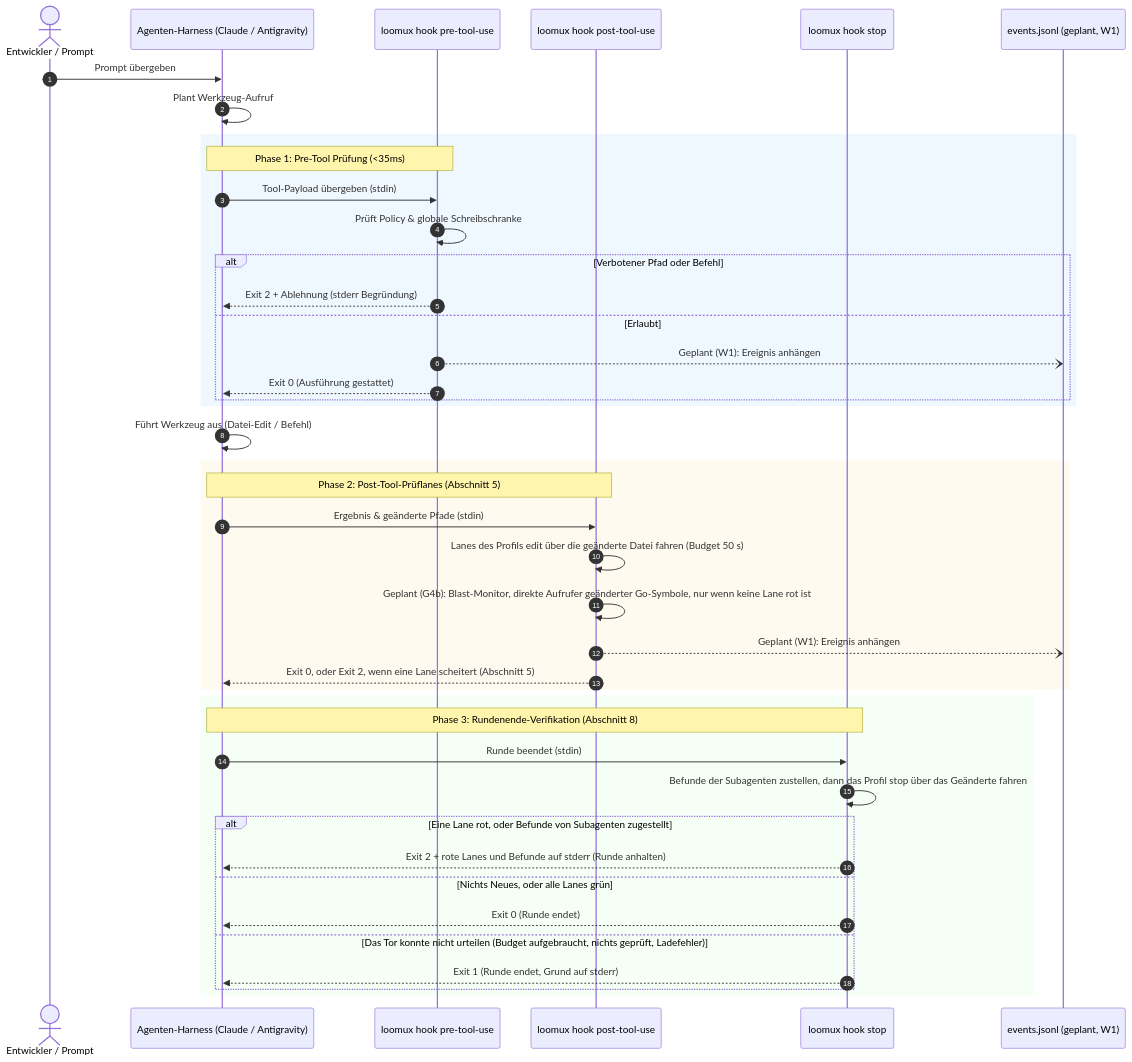
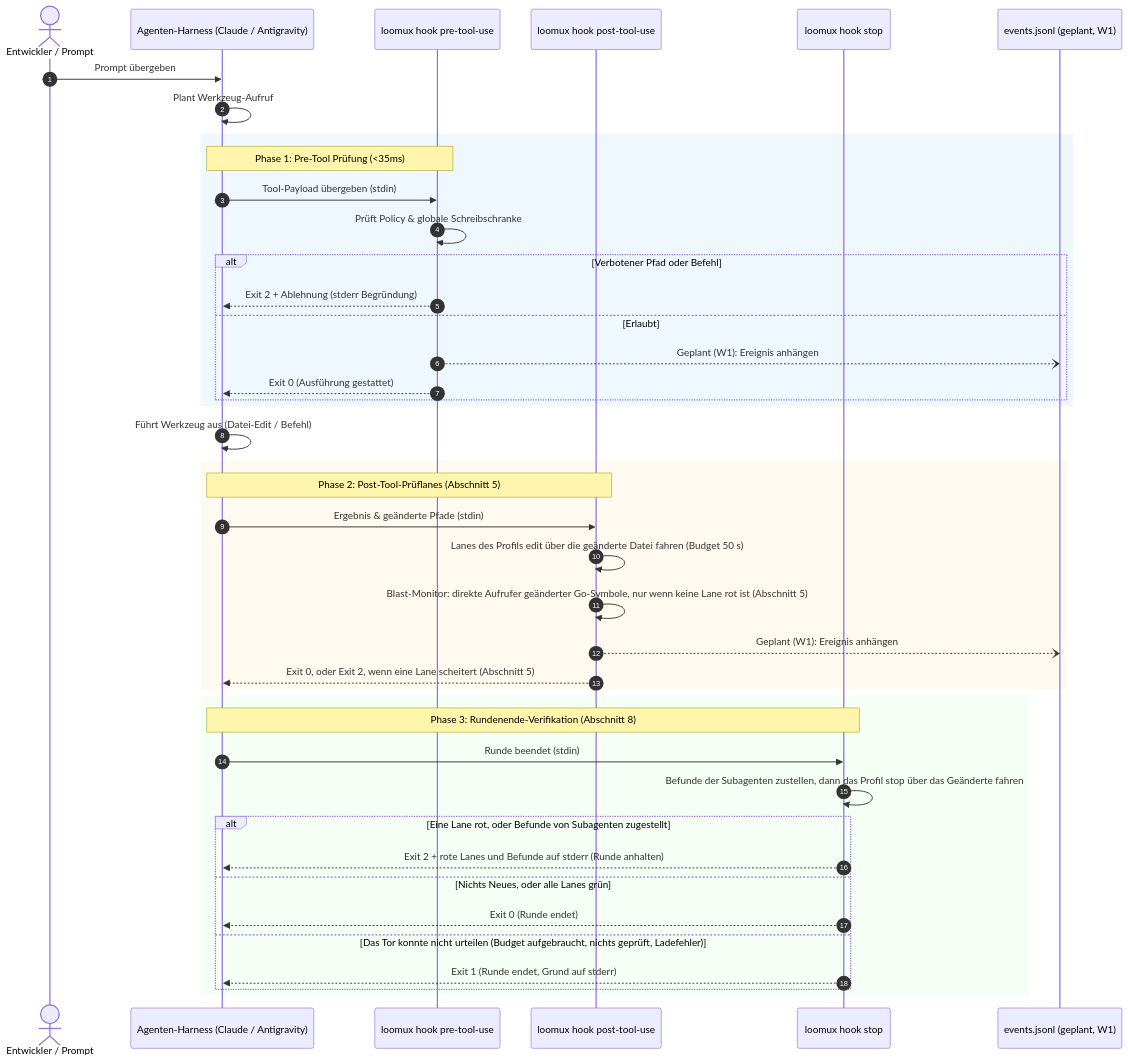
One commit to xidus90/loomux changed the first of 3 diagrams in docs/de/hooks.md. Above: the diagram before and after it, drawn with Mermaid. The commit also changed other lines of this file and 15 other files, not shown here.

First line of the commit message:
docs: document the blast radius, the graph kind and the edit monitor

````diff
--- a/docs/de/hooks.md
+++ b/docs/de/hooks.md
@@ -11,49 +11,49 @@
 ```mermaid
 sequenceDiagram
     autonumber
     actor Dev as Entwickler / Prompt
     participant Host as Agenten-Harness (Claude / Antigravity)
     participant Pre as loomux hook pre-tool-use
     participant Post as loomux hook post-tool-use
     participant Stop as loomux hook stop
     participant Journal as events.jsonl (geplant, W1)
 
     Dev->>Host: Prompt übergeben
     Host->>Host: Plant Werkzeug-Aufruf
 
     rect rgb(240, 248, 255)
     Note over Host,Pre: Phase 1: Pre-Tool Prüfung (<35ms)
     Host->>Pre: Tool-Payload übergeben (stdin)
     Pre->>Pre: Prüft Policy & globale Schreibschranke
     alt Verbotener Pfad oder Befehl
         Pre-->>Host: Exit 2 + Ablehnung (stderr Begründung)
     else Erlaubt
         Pre--)Journal: Geplant (W1): Ereignis anhängen
         Pre-->>Host: Exit 0 (Ausführung gestattet)
     end
     end
 
     Host->>Host: Führt Werkzeug aus (Datei-Edit / Befehl)
 
     rect rgb(255, 250, 240)
     Note over Host,Post: Phase 2: Post-Tool-Prüflanes (Abschnitt 5)
     Host->>Post: Ergebnis & geänderte Pfade (stdin)
     Post->>Post: Lanes des Profils edit über die geänderte Datei fahren (Budget 50 s)
-    Post->>Post: Geplant (G4b): Blast-Monitor, direkte Aufrufer geänderter Go-Symbole, nur wenn keine Lane rot ist
+    Post->>Post: Blast-Monitor: direkte Aufrufer geänderter Go-Symbole, nur wenn keine Lane rot ist (Abschnitt 5)
     Post--)Journal: Geplant (W1): Ereignis anhängen
     Post-->>Host: Exit 0, oder Exit 2, wenn eine Lane scheitert (Abschnitt 5)
     end
 
     rect rgb(245, 255, 245)
     Note over Host,Stop: Phase 3: Rundenende-Verifikation (Abschnitt 8)
     Host->>Stop: Runde beendet (stdin)
     Stop->>Stop: Befunde der Subagenten zustellen, dann das Profil stop über das Geänderte fahren
     alt Eine Lane rot, oder Befunde von Subagenten zugestellt
         Stop-->>Host: Exit 2 + rote Lanes und Befunde auf stderr (Runde anhalten)
     else Nichts Neues, oder alle Lanes grün
         Stop-->>Host: Exit 0 (Runde endet)
     else Das Tor konnte nicht urteilen (Budget aufgebraucht, nichts geprüft, Ladefehler)
         Stop-->>Host: Exit 1 (Runde endet, Grund auf stderr)
     end
     end
 ```
````
